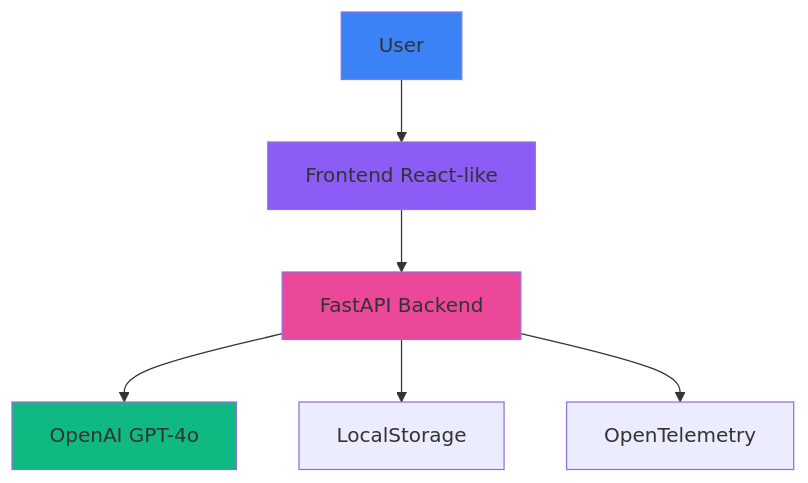
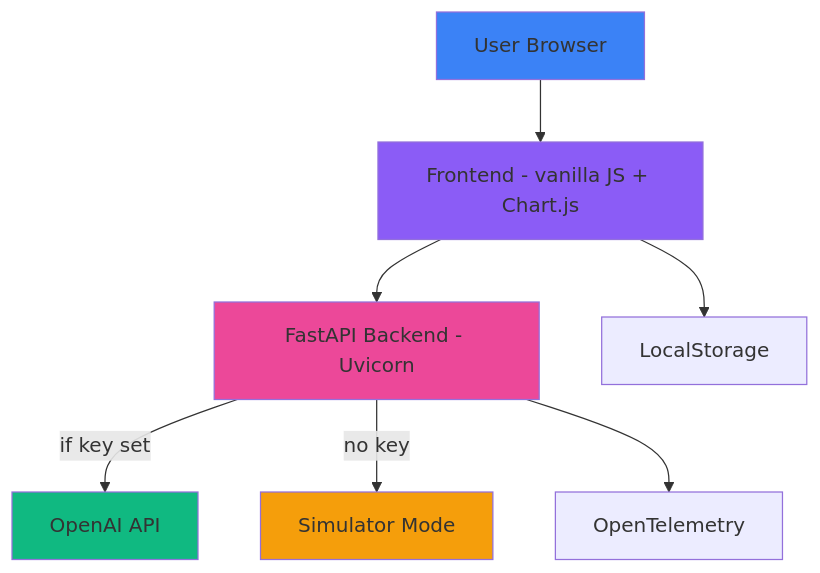
One commit to raulrodriguezmesia-blip/campaign-studio changed the diagram in README.md. Above: the diagram before and after it, drawn with Mermaid. The commit also changed other lines of this file, not shown here.

First line of the commit message:
docs: enrich README for portfolio + honest stack/architecture

````diff
--- a/README.md
+++ b/README.md
@@ -42,13 +60,15 @@
 ```mermaid
 graph TD
-    A[User] --> B[Frontend React-like]
-    B --> C[FastAPI Backend]
-    C --> D[OpenAI GPT-4o]
-    C --> E[LocalStorage]
-    C --> F[OpenTelemetry]
+    A[User Browser] --> B[Frontend - vanilla JS + Chart.js]
+    B --> C[FastAPI Backend - Uvicorn]
+    C -->|if key set| D[OpenAI API]
+    C -->|no key| E[Simulator Mode]
+    B --> F[LocalStorage]
+    C --> G[OpenTelemetry]
     
     style A fill:#3b82f6
     style B fill:#8b5cf6
     style C fill:#ec4899
     style D fill:#10b981
+    style E fill:#f59e0b
 ```
````
